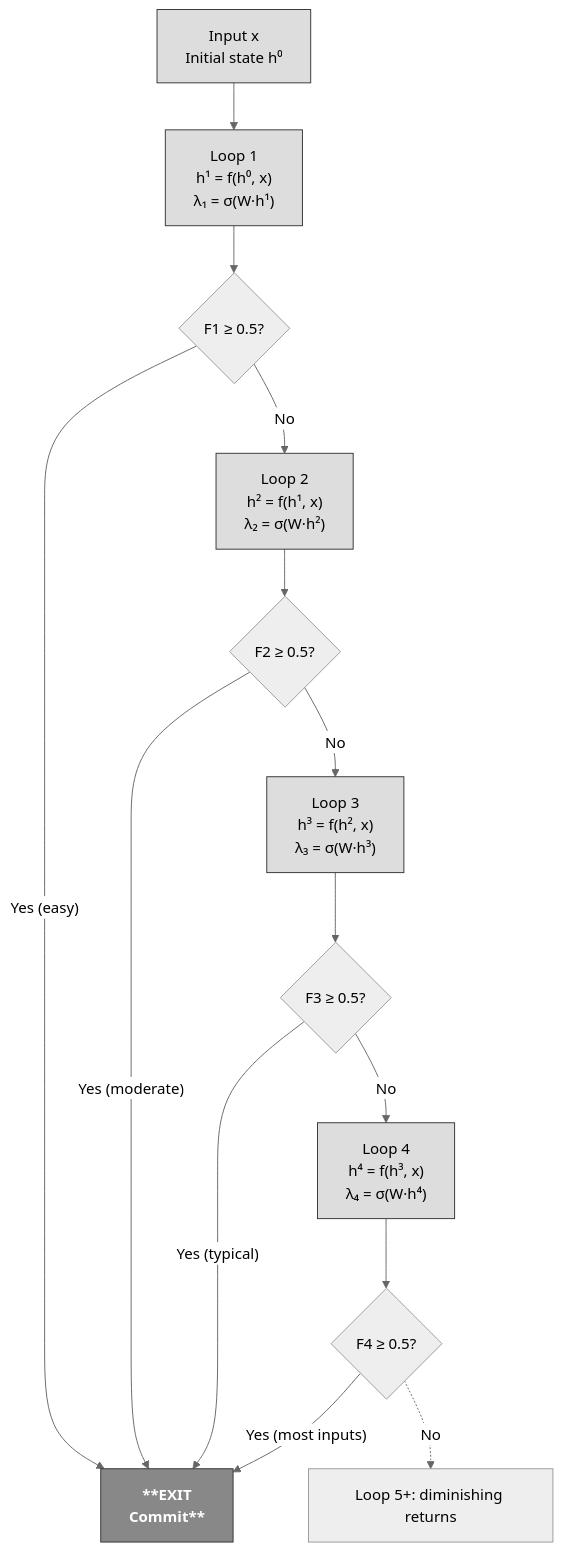
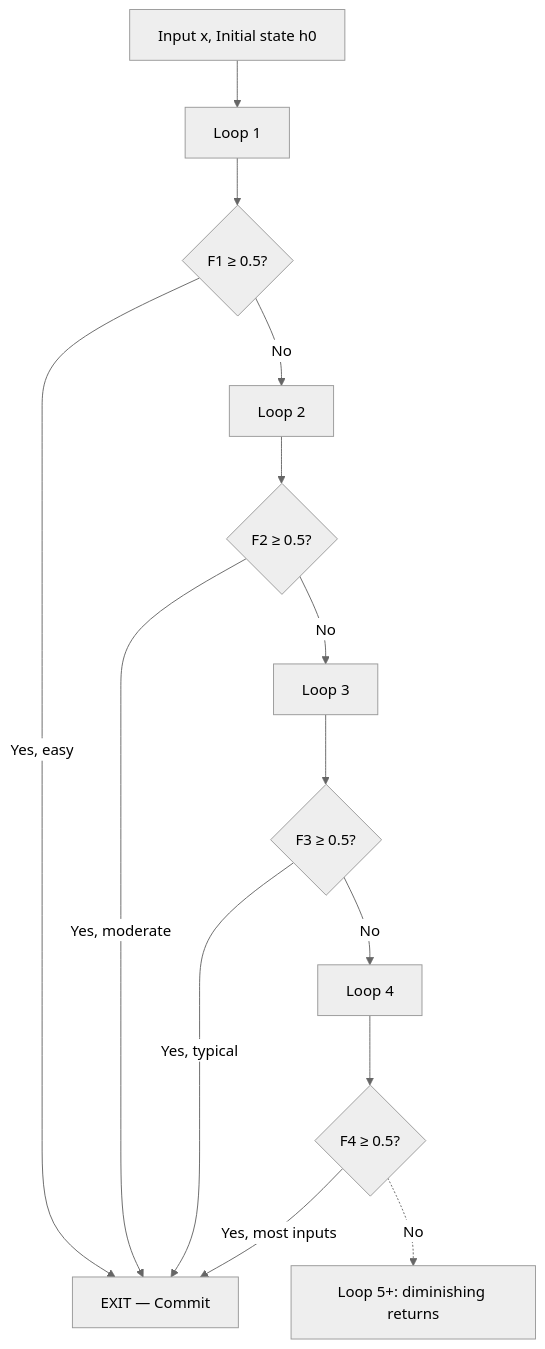
The first of 3 diagrams in papers/four-loop-convergence/four-loop-convergence.md (jamesrosing/jamesrosing), drawn with Mermaid (neutral theme) before and after one commit. The commit also changed other lines of this file and 1 other file, not shown here.

Commit message:
Clean up Mermaid diagrams: remove colors, fix line breaks, simplify structure

````diff
--- a/papers/four-loop-convergence/four-loop-convergence.md
+++ b/papers/four-loop-convergence/four-loop-convergence.md
@@ -44,29 +44,22 @@
 ```mermaid
 flowchart TD
-    A["Input x\nInitial state h⁰"] --> B
+    A[Input x, Initial state h0] --> B
 
-    B["Loop 1\nh¹ = f(h⁰, x)\nλ₁ = σ(W·h¹)"] --> C{"F1 ≥ 0.5?"}
-    C -- "Yes (easy)" --> EXIT
-    C -- "No" --> D
+    B[Loop 1] --> C{F1 ≥ 0.5?}
+    C -- Yes, easy --> EXIT
+    C -- No --> D
 
-    D["Loop 2\nh² = f(h¹, x)\nλ₂ = σ(W·h²)"] --> E{"F2 ≥ 0.5?"}
-    E -- "Yes (moderate)" --> EXIT
-    E -- "No" --> F
+    D[Loop 2] --> E{F2 ≥ 0.5?}
+    E -- Yes, moderate --> EXIT
+    E -- No --> F
 
-    F["Loop 3\nh³ = f(h², x)\nλ₃ = σ(W·h³)"] --> G{"F3 ≥ 0.5?"}
-    G -- "Yes (typical)" --> EXIT
-    G -- "No" --> H
+    F[Loop 3] --> G{F3 ≥ 0.5?}
+    G -- Yes, typical --> EXIT
+    G -- No --> H
 
-    H["Loop 4\nh⁴ = f(h³, x)\nλ₄ = σ(W·h⁴)"] --> I{"F4 ≥ 0.5?"}
-    I -- "Yes (most inputs)" --> EXIT
-    I -. "No" .-> J["Loop 5+: diminishing returns"]
+    H[Loop 4] --> I{F4 ≥ 0.5?}
+    I -- Yes, most inputs --> EXIT
+    I -. No .-> J[Loop 5+: diminishing returns]
 
-    EXIT["**EXIT\nCommit**"]
-
-    style EXIT fill:#888,stroke:#333,color:#fff,font-weight:bold
-    style A fill:#ddd,stroke:#333
-    style B fill:#ddd,stroke:#333
-    style D fill:#ddd,stroke:#333
-    style F fill:#ddd,stroke:#333
-    style H fill:#ddd,stroke:#333
+    EXIT[EXIT — Commit]
 ```
````
